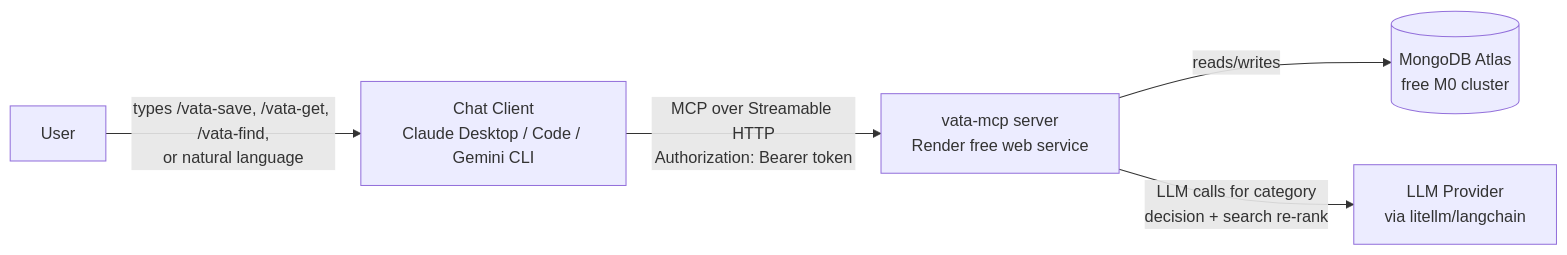
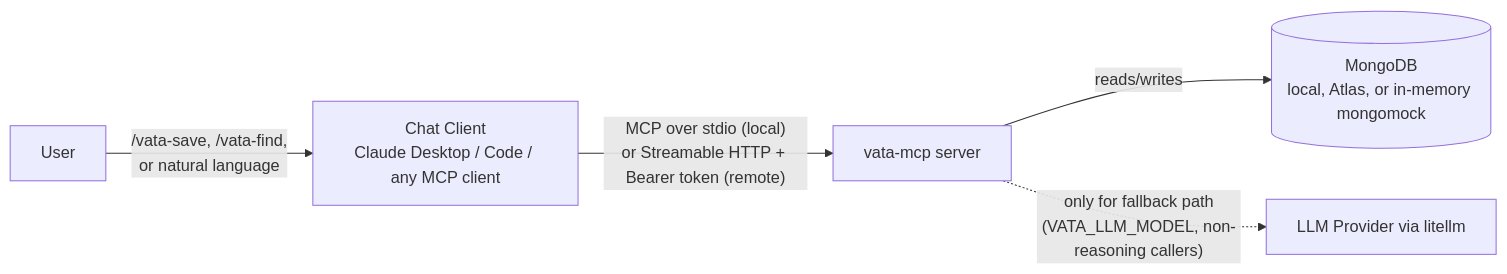
One commit to vivekvpai/vata changed the first of 9 diagrams in VATA_DATAFLOW.md. Above: the diagram before and after it, drawn with Mermaid. The commit also changed other lines of this file and 2 other files, not shown here.

````diff
--- a/VATA_DATAFLOW.md
+++ b/VATA_DATAFLOW.md
@@ -13,7 +12,7 @@
 ```mermaid
 flowchart LR
-    U[User] -->|types /vata-save, /vata-get, /vata-find,\nor natural language| C[Chat Client\nClaude Desktop / Code / Gemini CLI]
-    C -->|MCP over Streamable HTTP\nAuthorization: Bearer token| S[vata-mcp server\nRender free web service]
-    S -->|reads/writes| M[(MongoDB Atlas\nfree M0 cluster)]
-    S -->|LLM calls for category\ndecision + search re-rank| L[LLM Provider\nvia litellm/langchain]
+    U[User] -->|"/vata-save, /vata-find,\nor natural language"| C[Chat Client\nClaude Desktop / Code / any MCP client]
+    C -->|"MCP over stdio (local)\nor Streamable HTTP + Bearer token (remote)"| S[vata-mcp server]
+    S -->|reads/writes| M[(MongoDB\nlocal, Atlas, or in-memory mongomock)]
+    S -.->|"only for fallback path\n(VATA_LLM_MODEL, non-reasoning callers)"| L[LLM Provider via litellm]
 ```
````
